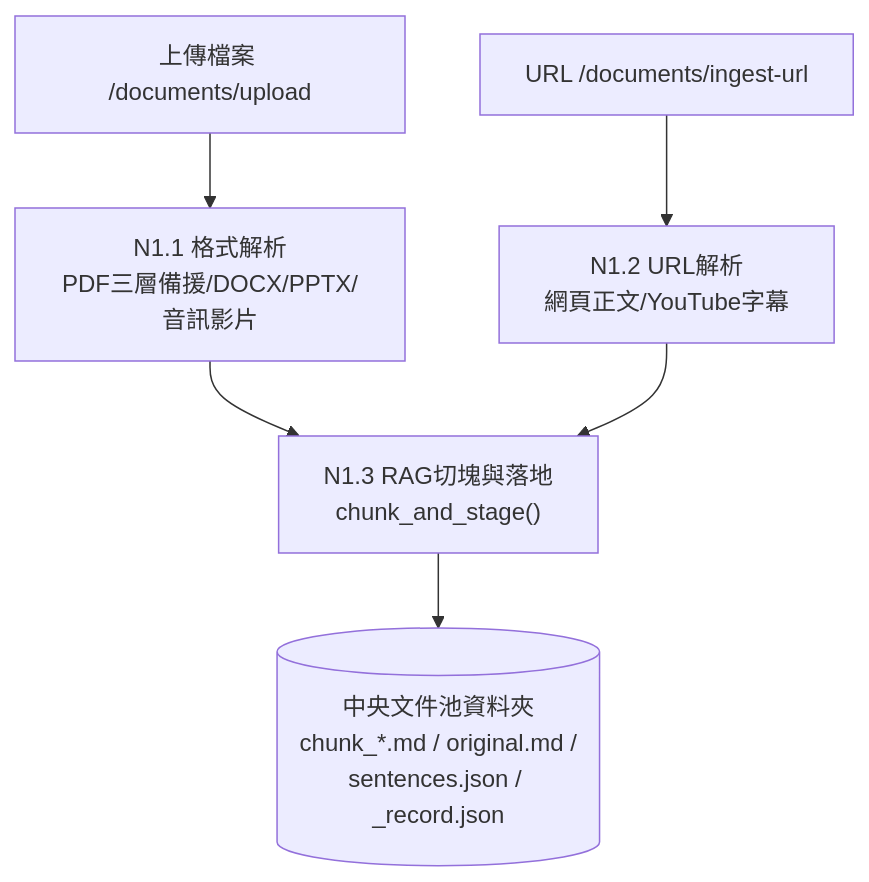
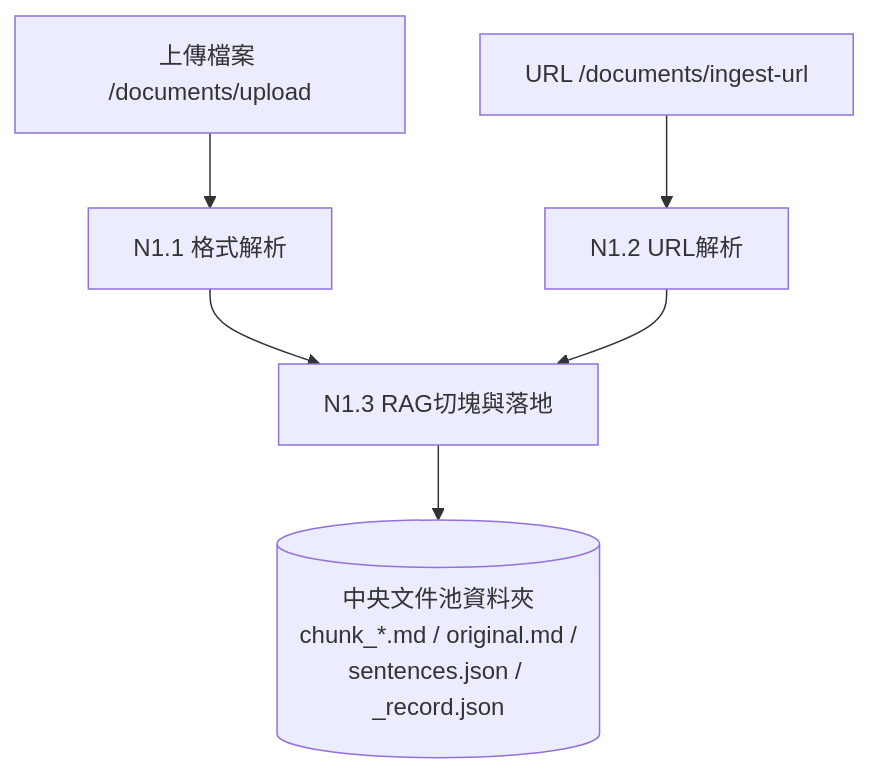
One commit to Chester930/world-knowledge-graph-rag changed the second of 12 diagrams in docs/報告/95_專案節點流程總覽與設計說明.md. Above: the diagram before and after it, drawn with Mermaid. The commit also changed other lines of this file and 1 other file, not shown here.

````diff
--- a/docs/報告/95_專案節點流程總覽與設計說明.md
+++ b/docs/報告/95_專案節點流程總覽與設計說明.md
@@ -132,7 +142,7 @@
 ```mermaid
 flowchart TD
-    A["上傳檔案 /documents/upload"] --> P1["N1.1 格式解析<br/>PDF三層備援/DOCX/PPTX/音訊影片"]
-    B["URL /documents/ingest-url"] --> P2["N1.2 URL解析<br/>網頁正文/YouTube字幕"]
-    P1 & P2 --> C["N1.3 RAG切塊與落地<br/>chunk_and_stage()"]
+    A["上傳檔案 /documents/upload"] --> P1["N1.1 格式解析"]
+    B["URL /documents/ingest-url"] --> P2["N1.2 URL解析"]
+    P1 & P2 --> C["N1.3 RAG切塊與落地"]
     C --> S[("中央文件池資料夾<br/>chunk_*.md / original.md /<br/>sentences.json / _record.json")]
 ```
````
